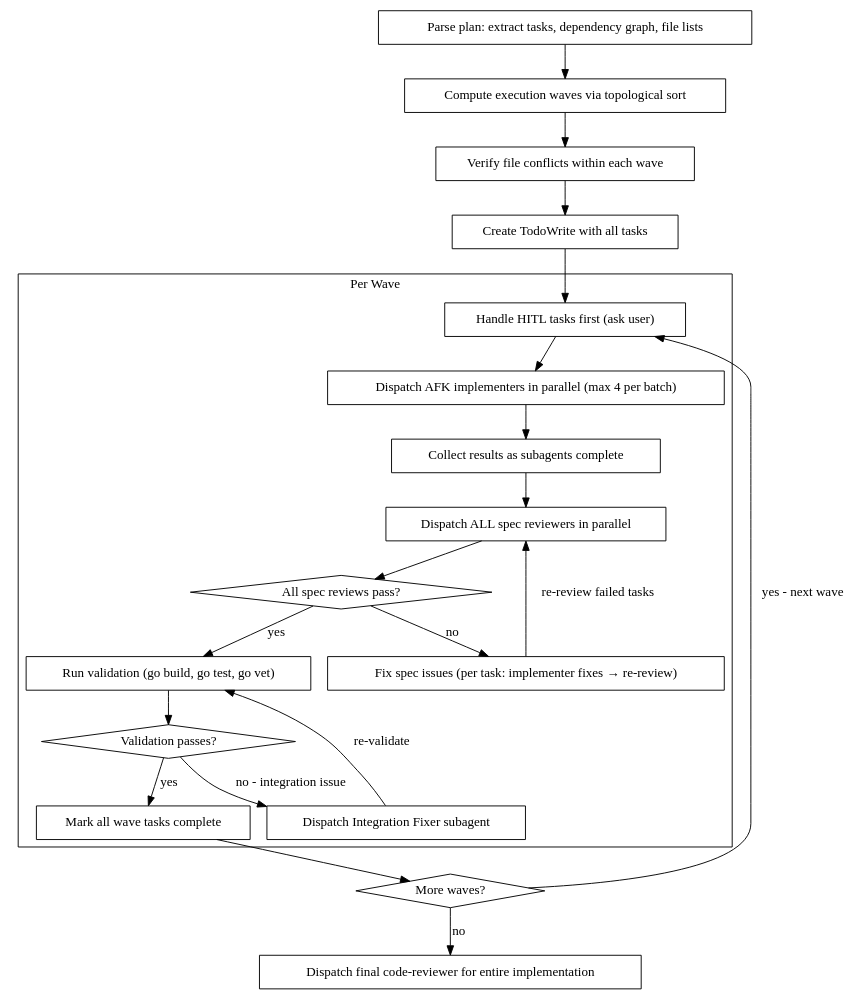
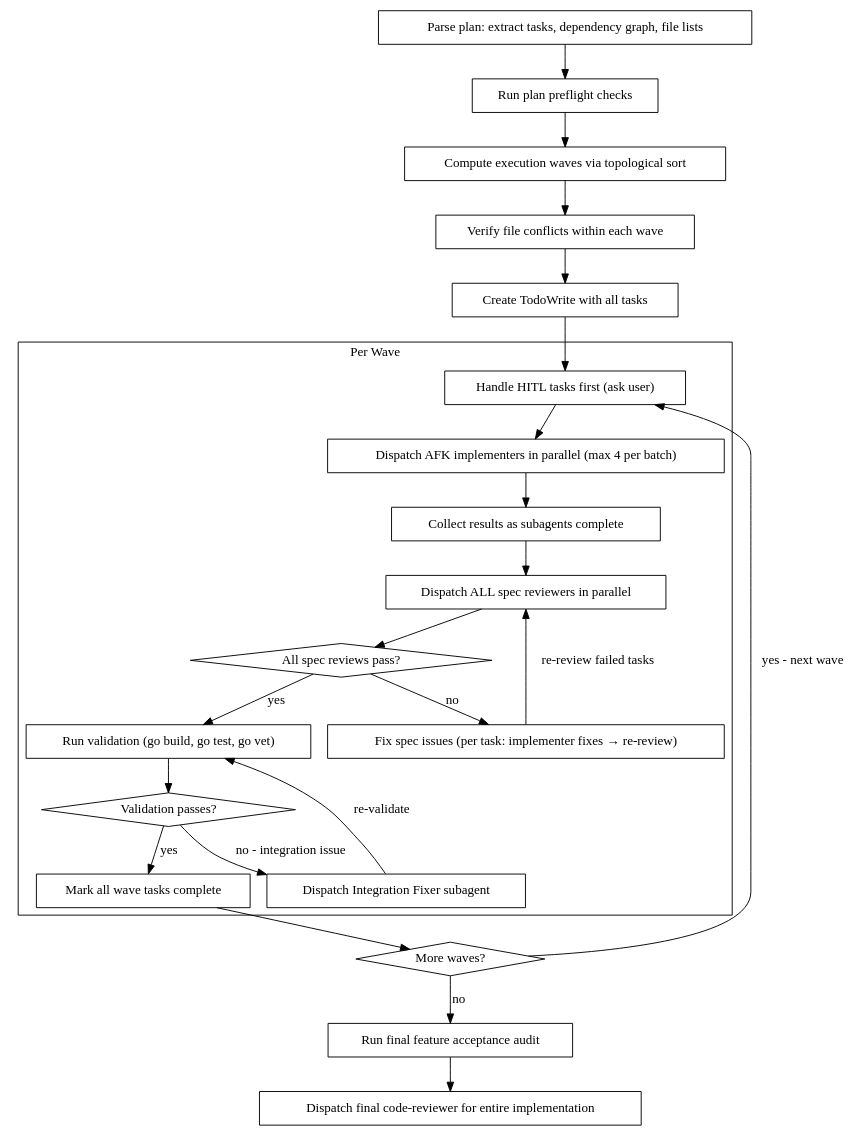
Before and after one commit to zhu327/go-clean-arch: the second of 2 diagrams in .cursor/skills/subagent-driven-development/SKILL.md, drawn with Graphviz. The commit also changed other lines of this file and 6 other files, not shown here.

````diff
--- a/.cursor/skills/subagent-driven-development/SKILL.md
+++ b/.cursor/skills/subagent-driven-development/SKILL.md
@@ -38,49 +38,53 @@
 ```dot
 digraph process {
     rankdir=TB;
 
     "Parse plan: extract tasks, dependency graph, file lists" [shape=box];
+    "Run plan preflight checks" [shape=box];
     "Compute execution waves via topological sort" [shape=box];
     "Verify file conflicts within each wave" [shape=box];
     "Create TodoWrite with all tasks" [shape=box];
 
     subgraph cluster_wave {
         label="Per Wave";
 
         "Handle HITL tasks first (ask user)" [shape=box];
         "Dispatch AFK implementers in parallel (max 4 per batch)" [shape=box];
         "Collect results as subagents complete" [shape=box];
         "Dispatch ALL spec reviewers in parallel" [shape=box];
         "All spec reviews pass?" [shape=diamond];
         "Fix spec issues (per task: implementer fixes → re-review)" [shape=box];
         "Run validation (go build, go test, go vet)" [shape=box];
         "Validation passes?" [shape=diamond];
         "Dispatch Integration Fixer subagent" [shape=box];
         "Mark all wave tasks complete" [shape=box];
     }
 
     "More waves?" [shape=diamond];
+    "Run final feature acceptance audit" [shape=box];
     "Dispatch final code-reviewer for entire implementation" [shape=box];
 
-    "Parse plan: extract tasks, dependency graph, file lists" -> "Compute execution waves via topological sort";
+    "Parse plan: extract tasks, dependency graph, file lists" -> "Run plan preflight checks";
+    "Run plan preflight checks" -> "Compute execution waves via topological sort";
     "Compute execution waves via topological sort" -> "Verify file conflicts within each wave";
     "Verify file conflicts within each wave" -> "Create TodoWrite with all tasks";
     "Create TodoWrite with all tasks" -> "Handle HITL tasks first (ask user)";
 
     "Handle HITL tasks first (ask user)" -> "Dispatch AFK implementers in parallel (max 4 per batch)";
     "Dispatch AFK implementers in parallel (max 4 per batch)" -> "Collect results as subagents complete";
     "Collect results as subagents complete" -> "Dispatch ALL spec reviewers in parallel";
     "Dispatch ALL spec reviewers in parallel" -> "All spec reviews pass?";
     "All spec reviews pass?" -> "Fix spec issues (per task: implementer fixes → re-review)" [label="no"];
     "Fix spec issues (per task: implementer fixes → re-review)" -> "Dispatch ALL spec reviewers in parallel" [label="re-review failed tasks"];
     "All spec reviews pass?" -> "Run validation (go build, go test, go vet)" [label="yes"];
     "Run validation (go build, go test, go vet)" -> "Validation passes?";
     "Validation passes?" -> "Mark all wave tasks complete" [label="yes"];
     "Validation passes?" -> "Dispatch Integration Fixer subagent" [label="no - integration issue"];
     "Dispatch Integration Fixer subagent" -> "Run validation (go build, go test, go vet)" [label="re-validate"];
 
     "Mark all wave tasks complete" -> "More waves?";
     "More waves?" -> "Handle HITL tasks first (ask user)" [label="yes - next wave"];
-    "More waves?" -> "Dispatch final code-reviewer for entire implementation" [label="no"];
+    "More waves?" -> "Run final feature acceptance audit" [label="no"];
+    "Run final feature acceptance audit" -> "Dispatch final code-reviewer for entire implementation";
 }
 ```
````
